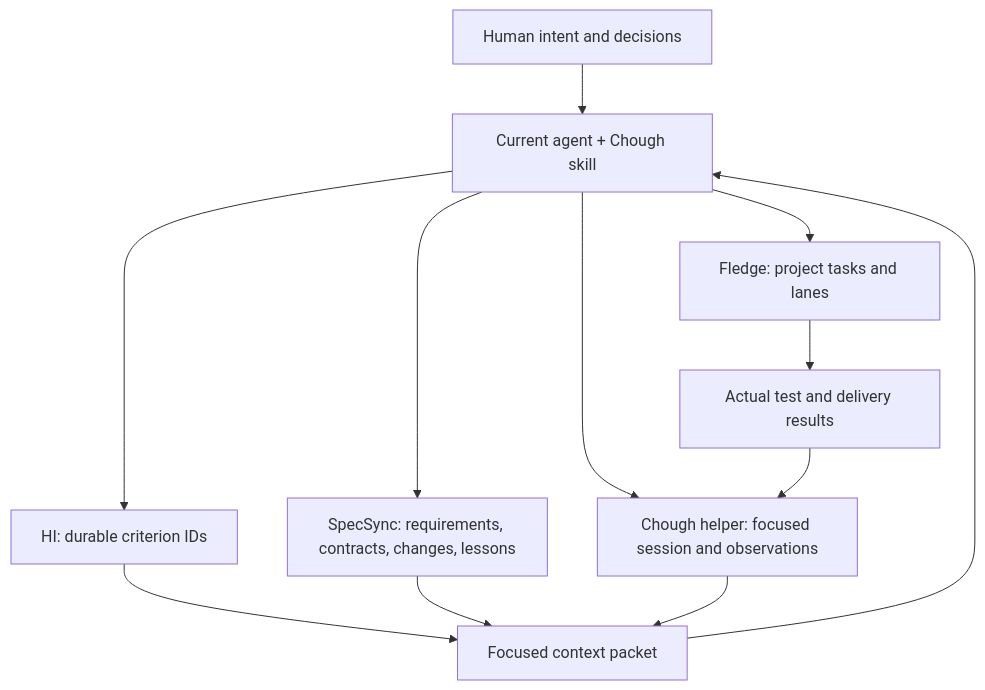
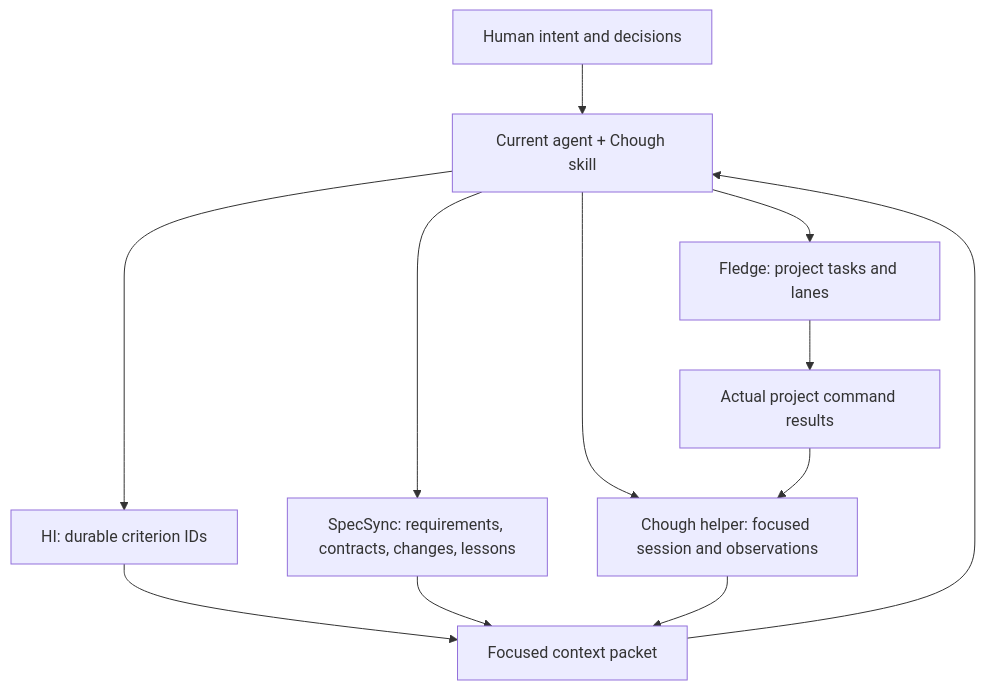
One commit to CorvidLabs/chough changed the first of 2 diagrams in docs/architecture.md. Above: the diagram before and after it, drawn with Mermaid. The commit also changed other lines of this file and 14 other files, not shown here.

````diff
--- a/docs/architecture.md
+++ b/docs/architecture.md
@@ -9,14 +11,14 @@
 ```mermaid
 flowchart TB
     human["Human intent and decisions"] --> agent["Current agent + Chough skill"]
     agent --> hi["HI: durable criterion IDs"]
     agent --> spec["SpecSync: requirements, contracts, changes, lessons"]
     agent --> fledge["Fledge: project tasks and lanes"]
     agent --> helper["Chough helper: focused session and observations"]
     hi --> context["Focused context packet"]
     spec --> context
     helper --> context
     context --> agent
-    fledge --> results["Actual test and delivery results"]
+    fledge --> results["Actual project command results"]
     results --> helper
 ```
````
